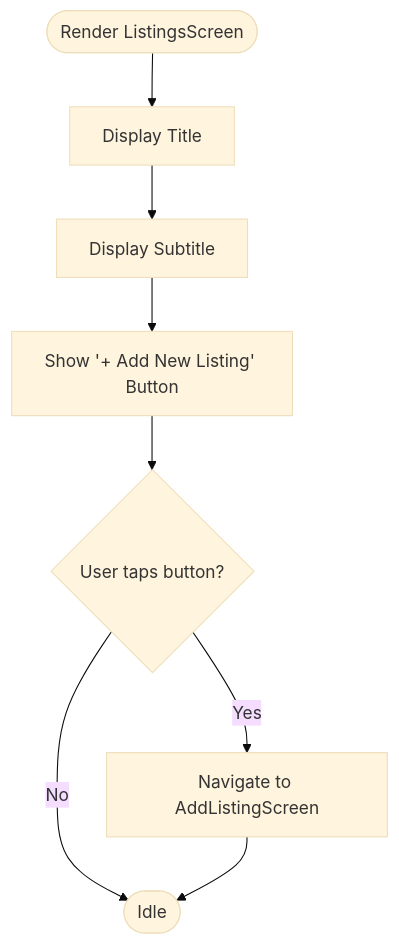
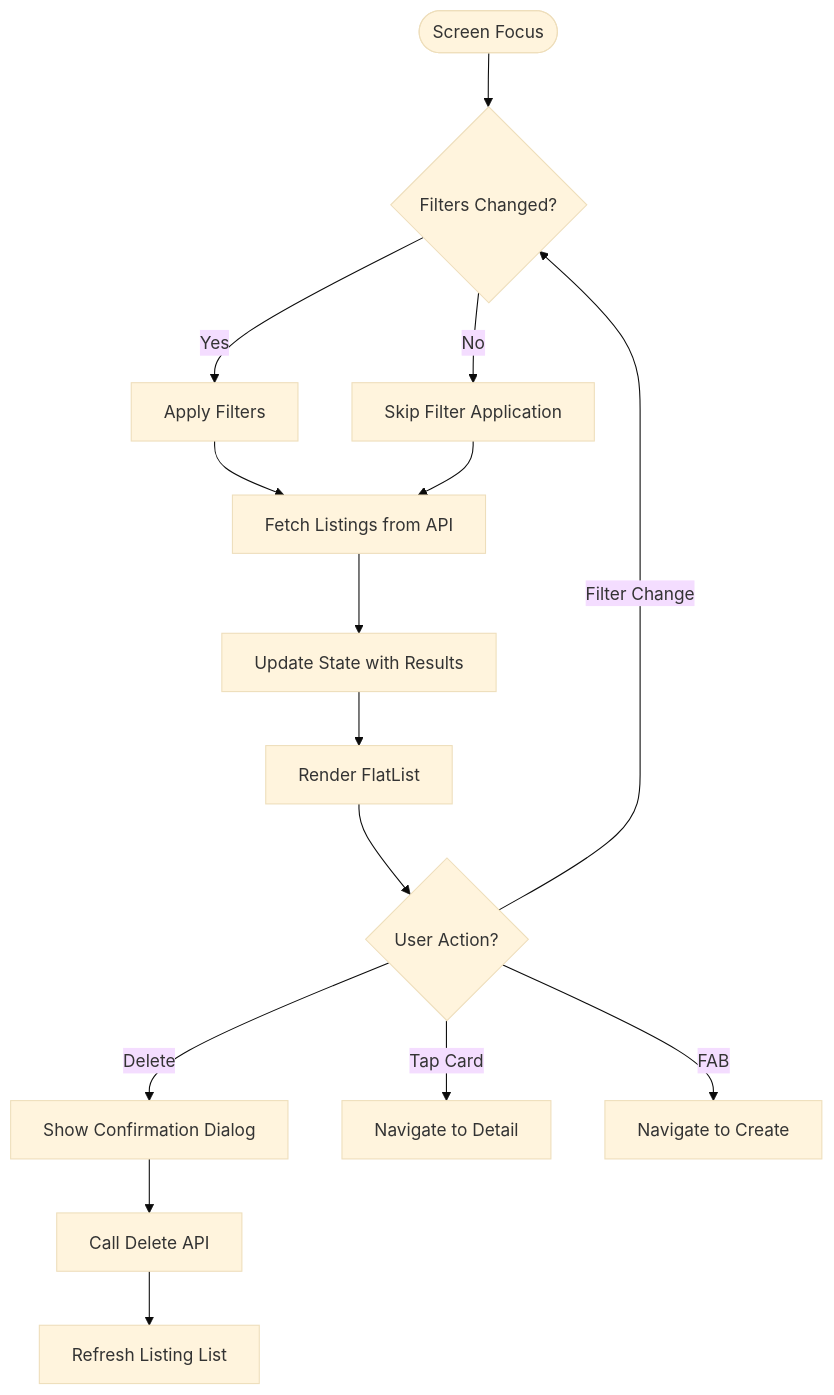
Before and after one commit to Aiman-Naeem/KisaanDost_AI_hackathon_Pakistan: the third of 4 diagrams in .qoder/repowiki/en/content/Marketplace Feature/Listings Screen.md, drawn with Mermaid (base theme). The commit also changed other lines of this file and 42 other files, not shown here.

Commit message:
Day 2: farmer identity persistence, voice UX polish, listing detail/edit/call, shared design system, QA pass

````diff
--- a/.qoder/repowiki/en/content/Marketplace Feature/Listings Screen.md
+++ b/.qoder/repowiki/en/content/Marketplace Feature/Listings Screen.md
@@ -123,10 +152,17 @@
 ```mermaid
 flowchart TD
-Start(["Render ListingsScreen"]) --> Title["Display Title"]
-Title --> Subtitle["Display Subtitle"]
-Subtitle --> Button["Show '+ Add New Listing' Button"]
-Button --> Press{"User taps button?"}
-Press --> |Yes| Navigate["Navigate to AddListingScreen"]
-Press --> |No| End(["Idle"])
-Navigate --> End
+Start(["Screen Focus"]) --> CheckFilters{"Filters Changed?"}
+CheckFilters --> |Yes| ApplyFilters["Apply Filters"]
+CheckFilters --> |No| SkipFilters["Skip Filter Application"]
+ApplyFilters --> FetchData["Fetch Listings from API"]
+SkipFilters --> FetchData
+FetchData --> UpdateState["Update State with Results"]
+UpdateState --> RenderList["Render FlatList"]
+RenderList --> UserAction{"User Action?"}
+UserAction --> |Filter Change| CheckFilters
+UserAction --> |Delete| ConfirmDelete["Show Confirmation Dialog"]
+UserAction --> |Tap Card| NavigateDetail["Navigate to Detail"]
+UserAction --> |FAB| NavigateCreate["Navigate to Create"]
+ConfirmDelete --> DeleteAPI["Call Delete API"]
+DeleteAPI --> RefreshList["Refresh Listing List"]
 ```
````
